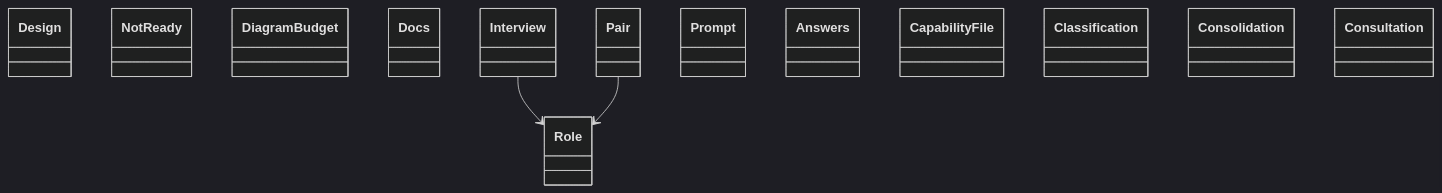
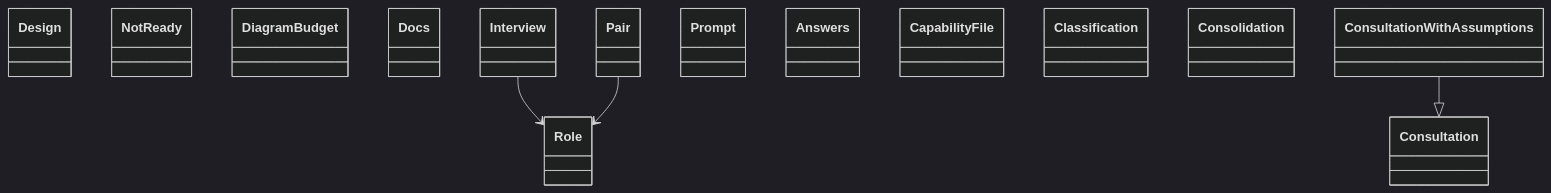
The diagram in docs/architecture/generated/classes-process-domain-roles-1.md (GonzaloZevallos/agentic-system), drawn with Mermaid (dark theme) before and after one commit. The commit also changed 7 other files, not shown here.

````diff
--- a/docs/architecture/generated/classes-process-domain-roles-1.md
+++ b/docs/architecture/generated/classes-process-domain-roles-1.md
@@ -26,18 +26,20 @@
 ```mermaid
 classDiagram
     class design__Design["Design"]
     class design__NotReady["NotReady"]
     class docs__DiagramBudget["DiagramBudget"]
     class docs__Docs["Docs"]
     class roles__Interview["Interview"]
     class roles__Pair["Pair"]
     class roles__Prompt["Prompt"]
     class roles__Role["Role"]
     class schemas__Answers["Answers"]
     class schemas__CapabilityFile["CapabilityFile"]
     class schemas__Classification["Classification"]
     class schemas__Consolidation["Consolidation"]
     class schemas__Consultation["Consultation"]
+    class schemas__ConsultationWithAssumptions["ConsultationWithAssumptions"]
     roles__Interview --> roles__Role
     roles__Pair --> roles__Role
+    schemas__ConsultationWithAssumptions --|> schemas__Consultation
 ```
````
